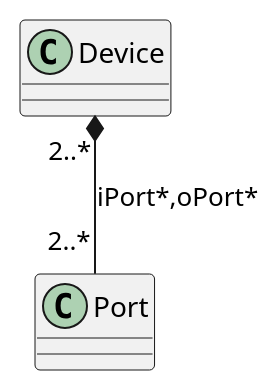
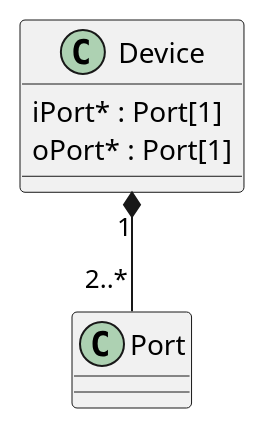
The diagram in uml/Device_Port.puml (thermalogic/PyRankine), drawn with PlantUML before and after one commit. The commit also changed 10 other files, not shown here.

```diff
--- a/uml/Device_Port.puml
+++ b/uml/Device_Port.puml
@@ -1,3 +1,7 @@
 @startuml
-Device "2..*" *-- "2..*" Port : iPort*,oPort*
+class Device{
+  iPort* : Port[1]
+  oPort* : Port[1]
+}
+Device "1" *-- "2..*" Port 
 @enduml
```
